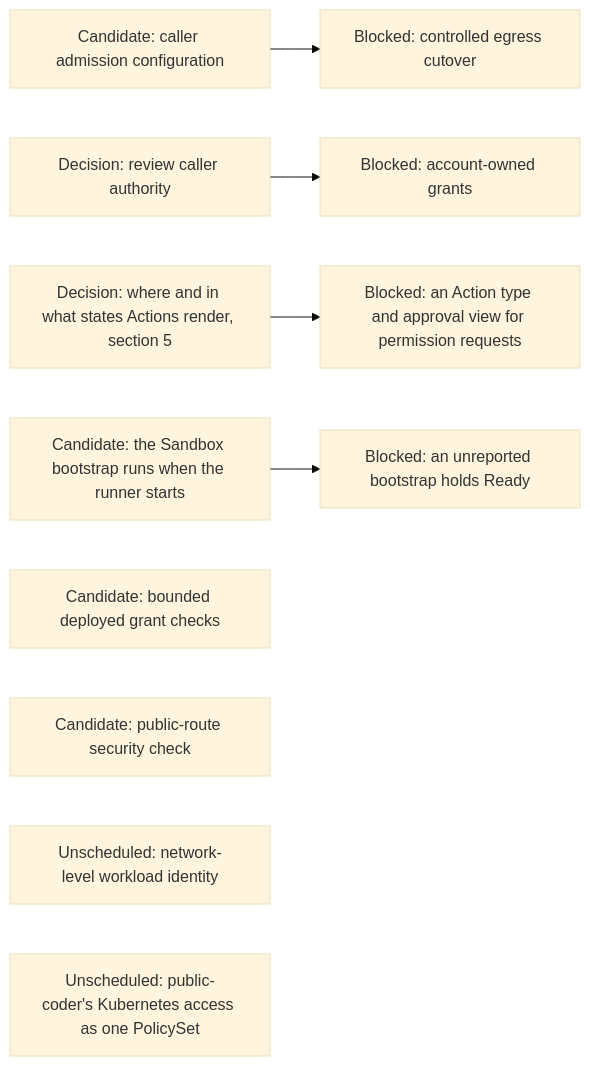
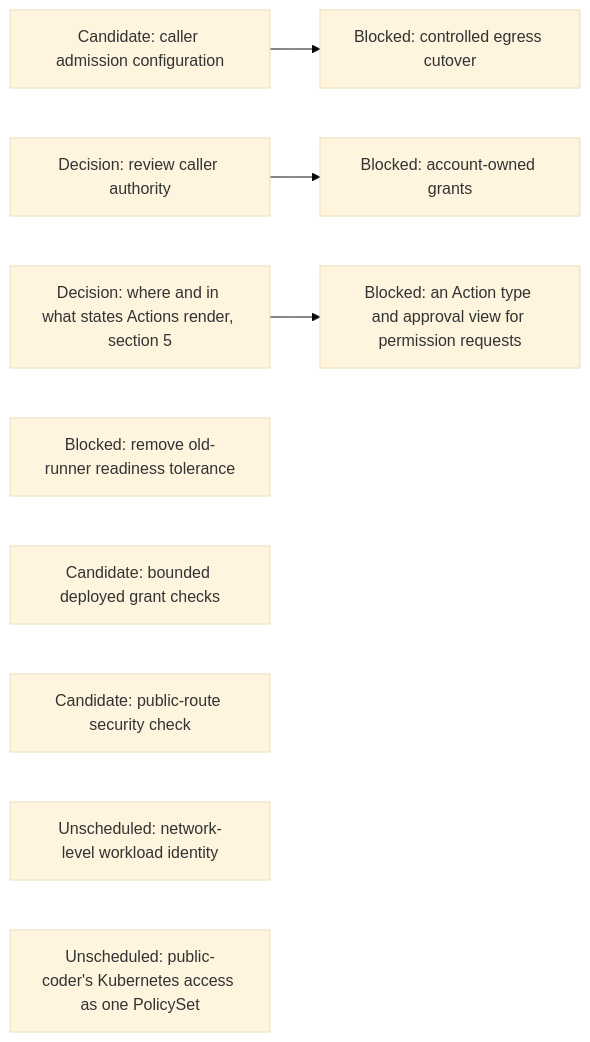
The ninth of 15 diagrams in agentplane/plans/task_dag.md (agentydragon-agent/ducktape), drawn with Mermaid (base theme) before and after one commit. The commit also changed other lines of this file and 2 other files, not shown here.

````diff
--- a/agentplane/plans/task_dag.md
+++ b/agentplane/plans/task_dag.md
@@ -536,14 +560,13 @@
 ```mermaid
 flowchart LR
     PC_EGRESS_CREDENTIALS[Candidate: caller admission configuration] --> PC_EGRESS[Blocked: controlled egress cutover]
     CLAUDE_AI_SA[Decision: review caller authority] --> MANAGED_SA_RBAC[Blocked: account-owned grants]
     AGENT_PERMISSION_REQUESTS[Blocked: an Action type and approval view for permission requests]
     ACTION_SURFACES_DESIGN[Decision: where and in what states Actions render, section 5]
     ACTION_SURFACES_DESIGN --> AGENT_PERMISSION_REQUESTS
-    BOOTSTRAP_PROGRESS_CONTRACT[Candidate: the Sandbox bootstrap runs when the runner starts]
-    BOOTSTRAP_PROGRESS_CONTRACT --> BOOTSTRAP_UNKNOWN_HOLDS_READY[Blocked: an unreported bootstrap holds Ready]
+    BOOTSTRAP_UNKNOWN_HOLDS_READY[Blocked: remove old-runner readiness tolerance]
     SANDBOX_RBAC[Candidate: bounded deployed grant checks]
     NOTIFICATION_INGRESS_BOUNDARY[Candidate: public-route security check]
     NETWORK_WORKLOAD_IDENTITY[Unscheduled: network-level workload identity]
     PC_KUBERNETES_POLICY_SET[Unscheduled: public-coder's Kubernetes access as one PolicySet]
 ```
````
